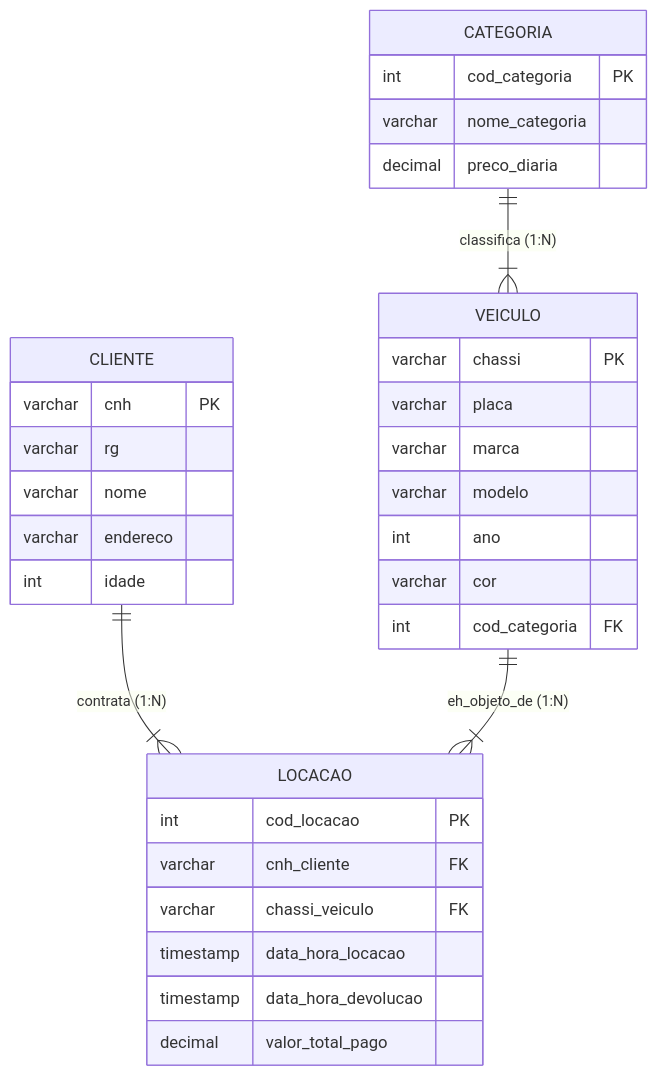
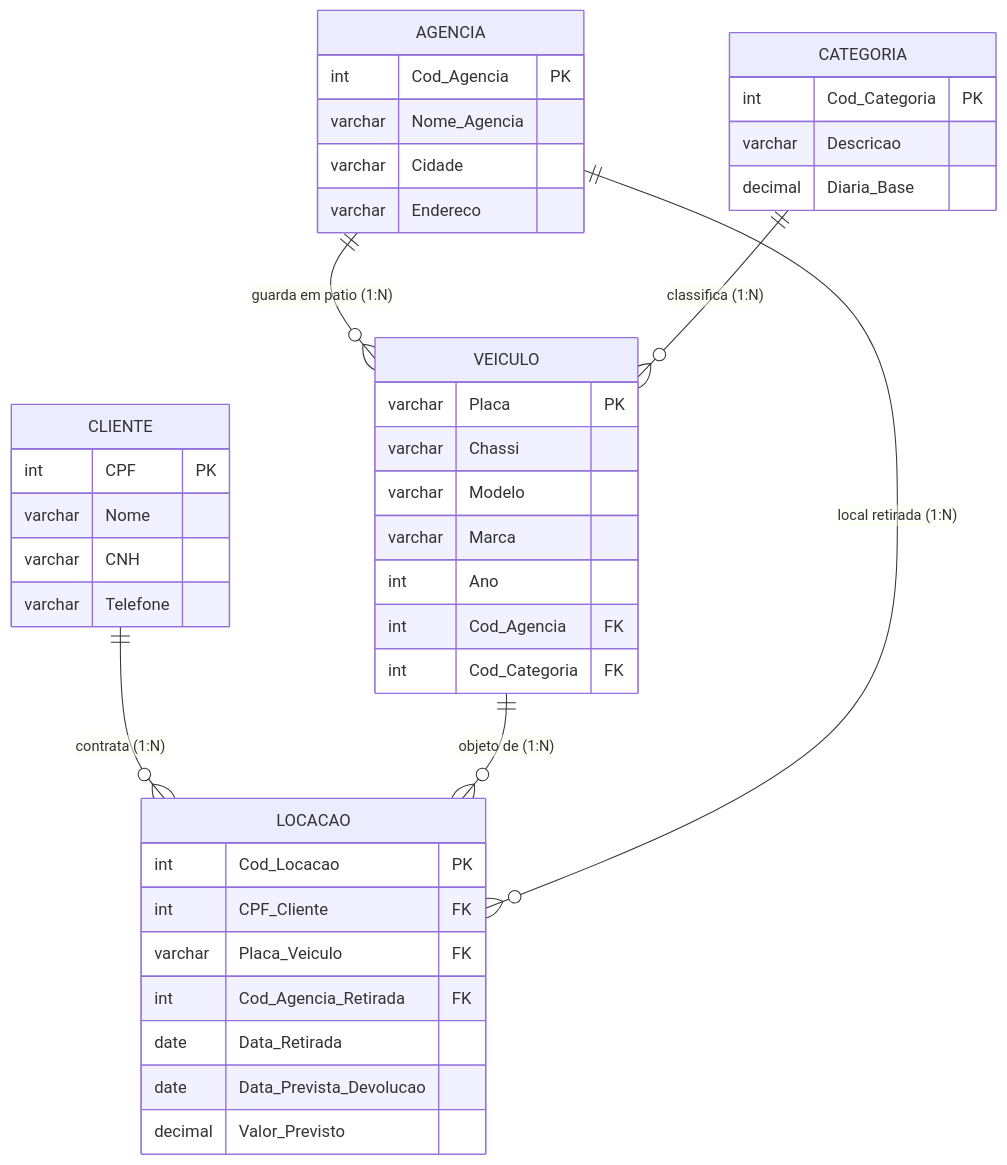
The fourth of 12 diagrams in 3º Semestre/[Prof. Guilherme de Morais] Banco de Dados II/Resumos-IA/Simulados-Comentados.md (murilolol/unifef), drawn with Mermaid before and after one commit. The commit also changed other lines of this file and 40 other files, not shown here.

````diff
--- a/3º Semestre/[Prof. Guilherme de Morais] Banco de Dados II/Resumos-IA/Simulados-Comentados.md
+++ b/3º Semestre/[Prof. Guilherme de Morais] Banco de Dados II/Resumos-IA/Simulados-Comentados.md
@@ -371,39 +349,48 @@
 ```mermaid
 erDiagram
-  CATEGORIA ||--|{ VEICULO : "classifica (1:N)"
-  CLIENTE ||--|{ LOCACAO : "contrata (1:N)"
-  VEICULO ||--|{ LOCACAO : "eh_objeto_de (1:N)"
+    AGENCIA ||--o{ VEICULO : "guarda em patio (1:N)"
+    CATEGORIA ||--o{ VEICULO : "classifica (1:N)"
+    CLIENTE ||--o{ LOCACAO : "contrata (1:N)"
+    VEICULO ||--o{ LOCACAO : "objeto de (1:N)"
+    AGENCIA ||--o{ LOCACAO : "local retirada (1:N)"
 
-  CATEGORIA {
-    int cod_categoria PK
-    varchar nome_categoria
-    decimal preco_diaria
-  }
+    AGENCIA {
+        int Cod_Agencia PK
+        varchar Nome_Agencia
+        varchar Cidade
+        varchar Endereco
+    }
 
-  VEICULO {
-    varchar chassi PK
-    varchar placa
-    varchar marca
-    varchar modelo
-    int ano
-    varchar cor
-    int cod_categoria FK
-  }
+    CATEGORIA {
+        int Cod_Categoria PK
+        varchar Descricao
+        decimal Diaria_Base
+    }
 
-  CLIENTE {
-    varchar cnh PK
-    varchar rg
-    varchar nome
-    varchar endereco
-    int idade
-  }
+    VEICULO {
+        varchar Placa PK
+        varchar Chassi
+        varchar Modelo
+        varchar Marca
+        int Ano
+        int Cod_Agencia FK
+        int Cod_Categoria FK
+    }
 
-  LOCACAO {
-    int cod_locacao PK
-    varchar cnh_cliente FK
-    varchar chassi_veiculo FK
-    timestamp data_hora_locacao
-    timestamp data_hora_devolucao
-    decimal valor_total_pago
-  }
+    CLIENTE {
+        int CPF PK
+        varchar Nome
+        varchar CNH
+        varchar Telefone
+    }
+
+    LOCACAO {
+        int Cod_Locacao PK
+        int CPF_Cliente FK
+        varchar Placa_Veiculo FK
+        int Cod_Agencia_Retirada FK
+        date Data_Retirada
+        date Data_Prevista_Devolucao
+        decimal Valor_Previsto
+    }
 ```
````
